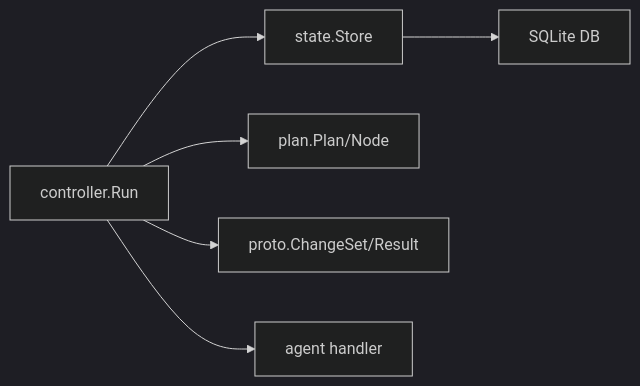
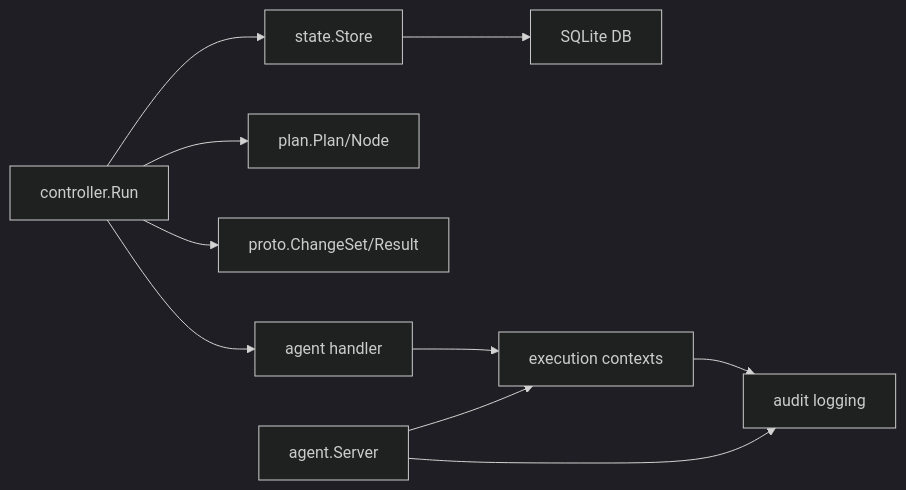
One commit to ahmednour1430464/dotdevops changed the fourth of 5 diagrams in .qoder/repowiki/en/content/State Management.md. Above: the diagram before and after it, drawn with Mermaid (dark theme). The commit also changed other lines of this file and 12 other files, not shown here.

````diff
--- a/.qoder/repowiki/en/content/State Management.md
+++ b/.qoder/repowiki/en/content/State Management.md
@@ -252,8 +374,12 @@
 ```mermaid
 graph LR
 Store["state.Store"] --> DB["SQLite DB"]
 Controller["controller.Run"] --> Store
 Controller --> Plan["plan.Plan/Node"]
 Controller --> Proto["proto.ChangeSet/Result"]
 Controller --> Agent["agent handler"]
+Agent --> Contexts["execution contexts"]
+Contexts --> Audit["audit logging"]
+Server["agent.Server"] --> Contexts
+Server --> Audit
 ```
````
